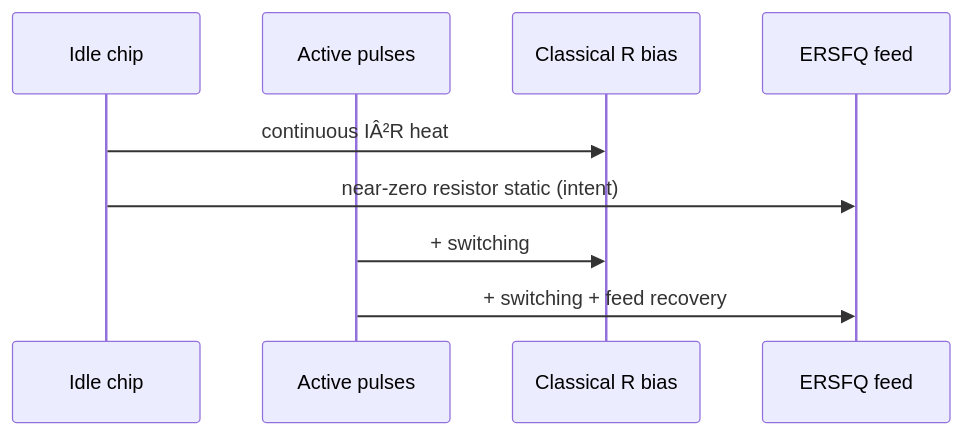
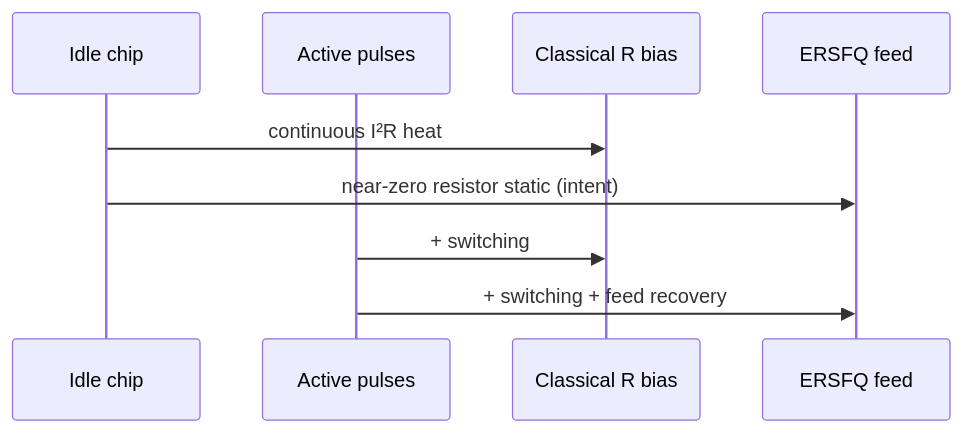
One commit to Single-Flux-Quantum/sfq-learn-public changed the second of 2 diagrams in docs/concepts/ersfq-logic.md. Above: the diagram before and after it, drawn with Mermaid. The commit also changed other lines of this file and 39 other files, not shown here.

````diff
--- a/docs/concepts/ersfq-logic.md
+++ b/docs/concepts/ersfq-logic.md
@@ -74,11 +74,11 @@
 ```mermaid
 sequenceDiagram
   participant Idle as Idle chip
   participant Act as Active pulses
   participant Class as Classical R bias
   participant ER as ERSFQ feed
-  Idle->>Class: continuous IÂ²R heat
+  Idle->>Class: continuous I²R heat
   Idle->>ER: near-zero resistor static (intent)
   Act->>Class: + switching
   Act->>ER: + switching + feed recovery
 ```
````
